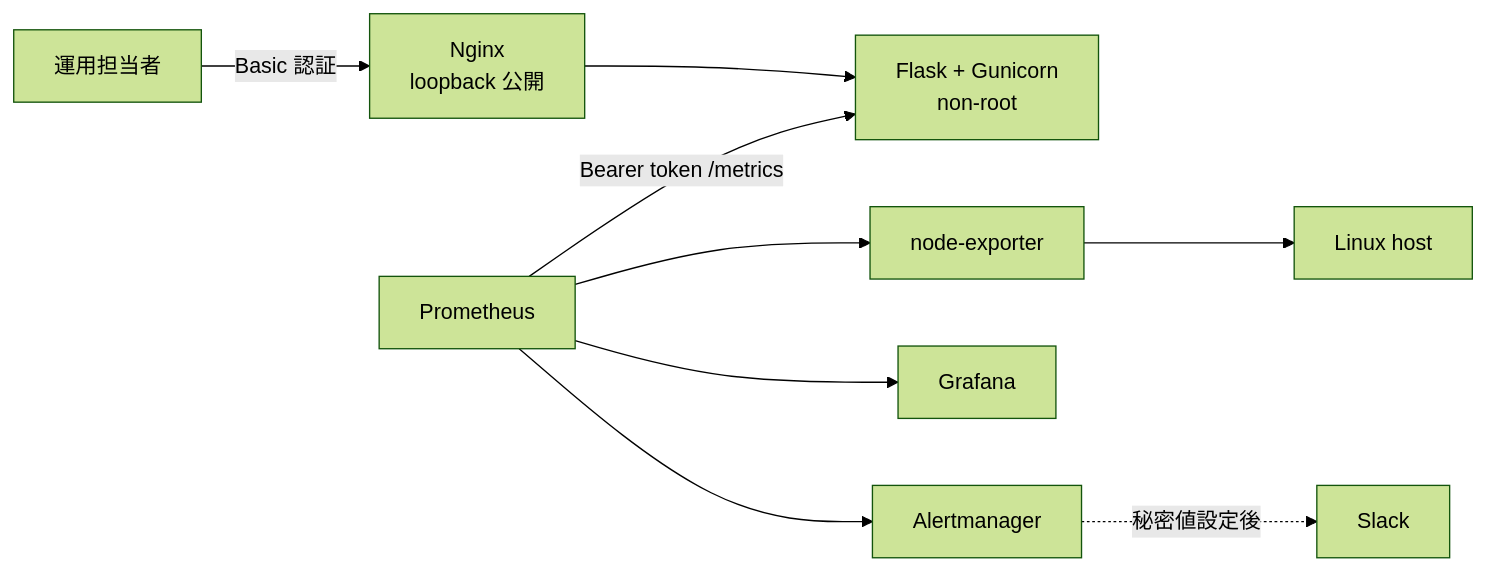
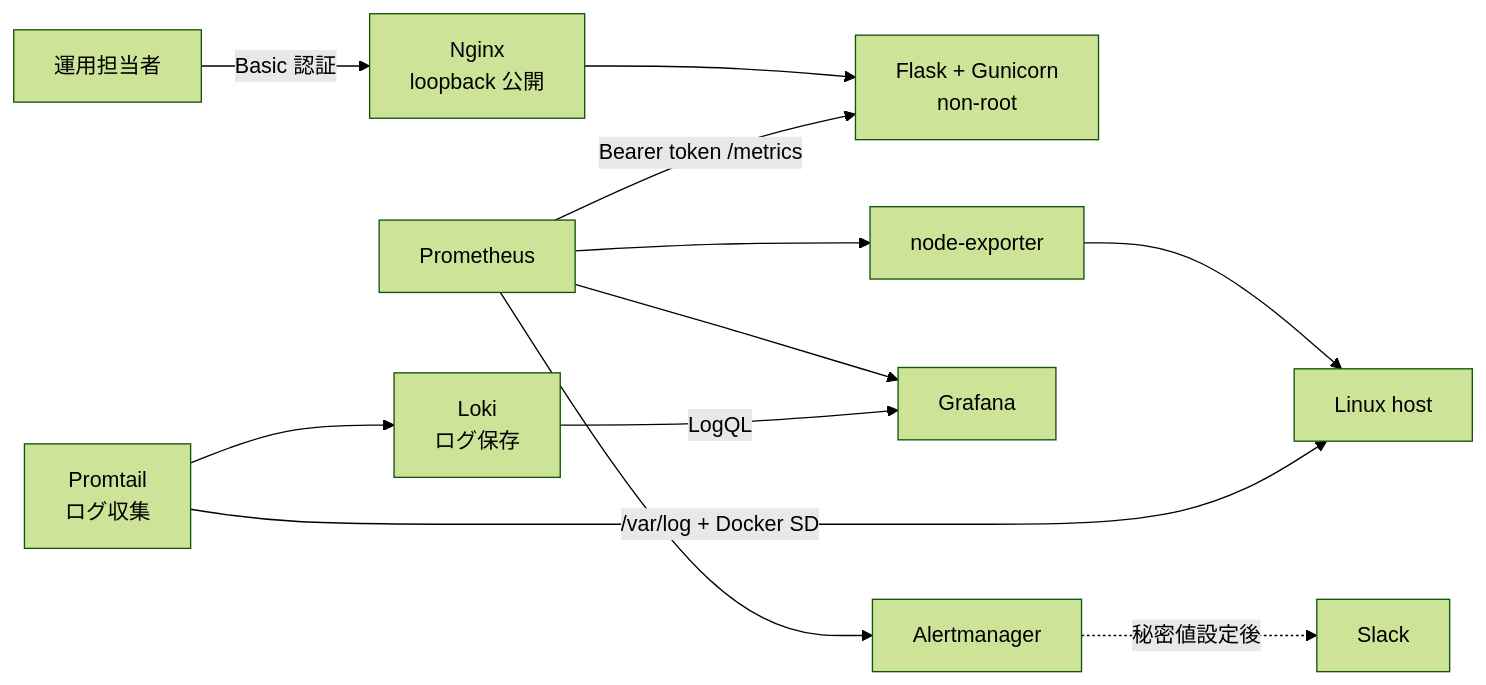
One commit to ns7jp/server changed the diagram in README.md. Above: the diagram before and after it, drawn with Mermaid (forest theme). The commit also changed other lines of this file and 12 other files, not shown here.

First line of the commit message:
Add Loki + Promtail log aggregation (v1.1)

````diff
--- a/README.md
+++ b/README.md
@@ -29,11 +30,14 @@
 ```mermaid
 flowchart LR
     Operator["運用担当者"] -->|"Basic 認証"| Nginx["Nginx<br/>loopback 公開"]
     Nginx --> App["Flask + Gunicorn<br/>non-root"]
     Prometheus -->|"Bearer token /metrics"| App
     Prometheus --> Exporter["node-exporter"]
     Exporter --> Host["Linux host"]
     Prometheus --> Grafana
     Prometheus --> Alertmanager
     Alertmanager -.->|"秘密値設定後"| Slack["Slack"]
+    Promtail["Promtail<br/>ログ収集"] -->|"/var/log + Docker SD"| Host
+    Promtail --> Loki["Loki<br/>ログ保存"]
+    Loki -->|"LogQL"| Grafana
 ```
````
